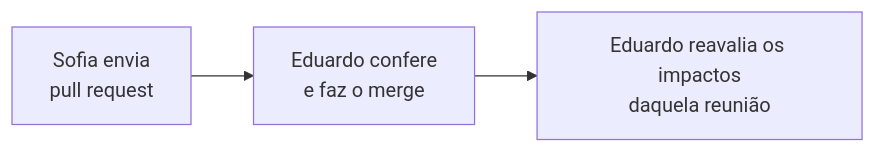
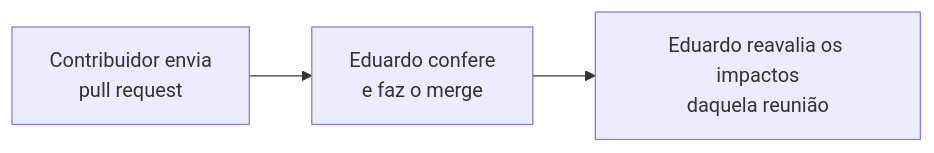
One commit to edalcin/Arquitetura-BioCultural changed the diagram in docs/reunioes/guiaContrib/README.md. Above: the diagram before and after it, drawn with Mermaid. The commit also changed other lines of this file, not shown here.

Commit message:
docs(reunioes): guia de contribuição genérico, para qualquer contribuidor

````diff
--- a/docs/reunioes/guiaContrib/README.md
+++ b/docs/reunioes/guiaContrib/README.md
@@ -85,5 +90,5 @@
 ```mermaid
 flowchart LR
-  S["Sofia envia<br/>pull request"] --> E["Eduardo confere<br/>e faz o merge"]
+  S["Contribuidor envia<br/>pull request"] --> E["Eduardo confere<br/>e faz o merge"]
   E --> L["Eduardo reavalia os impactos<br/>daquela reunião"]
 ```
````
